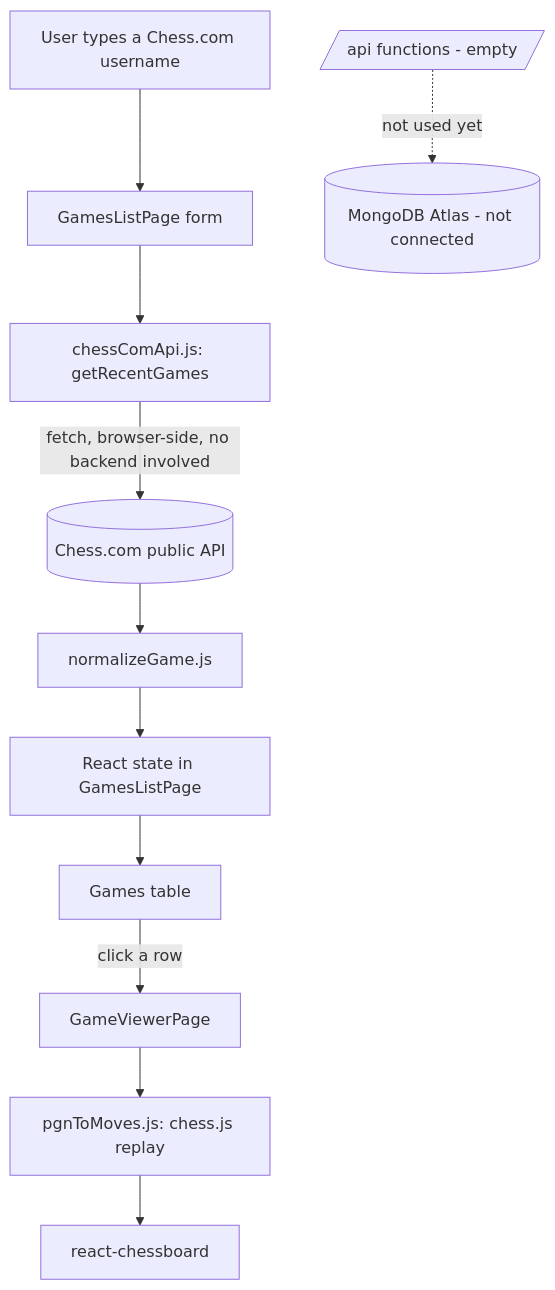
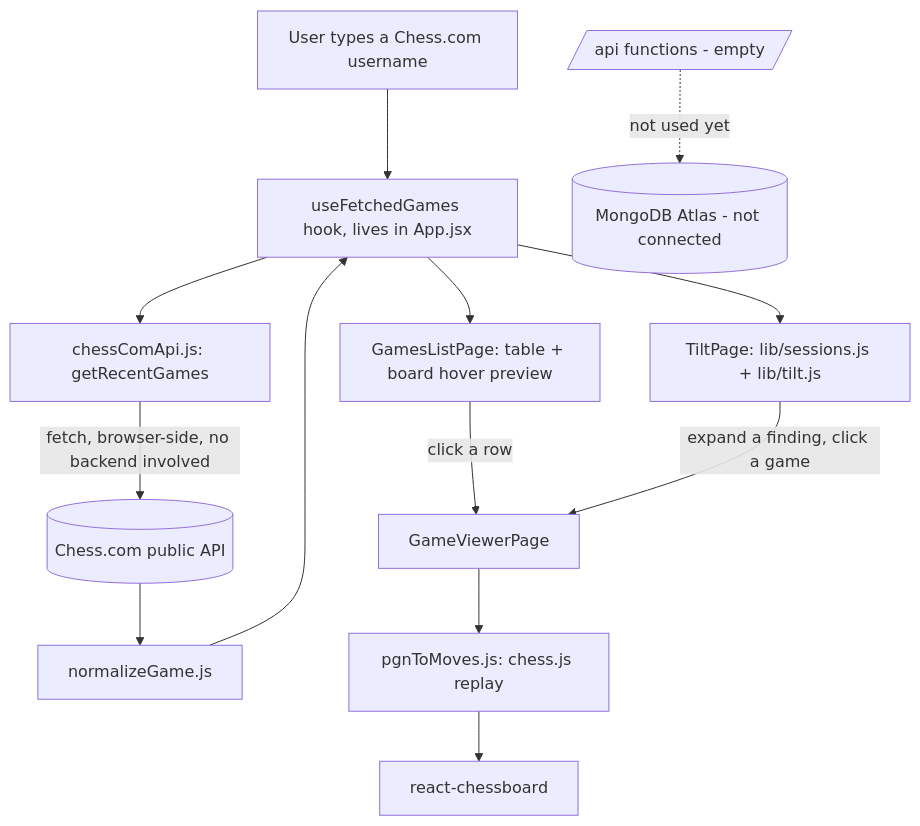
One commit to Mizan1912/ChessDNA changed the diagram in flow.md. Above: the diagram before and after it, drawn with Mermaid. The commit also changed other lines of this file and 12 other files, not shown here.

````diff
--- a/flow.md
+++ b/flow.md
@@ -27,14 +34,16 @@
 ```mermaid
 flowchart TD
-  User[User types a Chess.com username] --> Form[GamesListPage form]
-  Form --> API[chessComApi.js: getRecentGames]
+  User[User types a Chess.com username] --> Hook[useFetchedGames hook, lives in App.jsx]
+  Hook --> API[chessComApi.js: getRecentGames]
   API -->|fetch, browser-side, no backend involved| ChessCom[(Chess.com public API)]
   ChessCom --> Normalize[normalizeGame.js]
-  Normalize --> State[React state in GamesListPage]
-  State --> Table[Games table]
-  Table -->|click a row| Viewer[GameViewerPage]
+  Normalize --> Hook
+  Hook --> List[GamesListPage: table + board hover preview]
+  Hook --> Tilt[TiltPage: lib/sessions.js + lib/tilt.js]
+  List -->|click a row| Viewer[GameViewerPage]
+  Tilt -->|expand a finding, click a game| Viewer
   Viewer --> PgnToMoves[pgnToMoves.js: chess.js replay]
   PgnToMoves --> Board[react-chessboard]
 
   APIFolder[/api functions - empty/] -.->|not used yet| DB[(MongoDB Atlas - not connected)]
 ```
````
